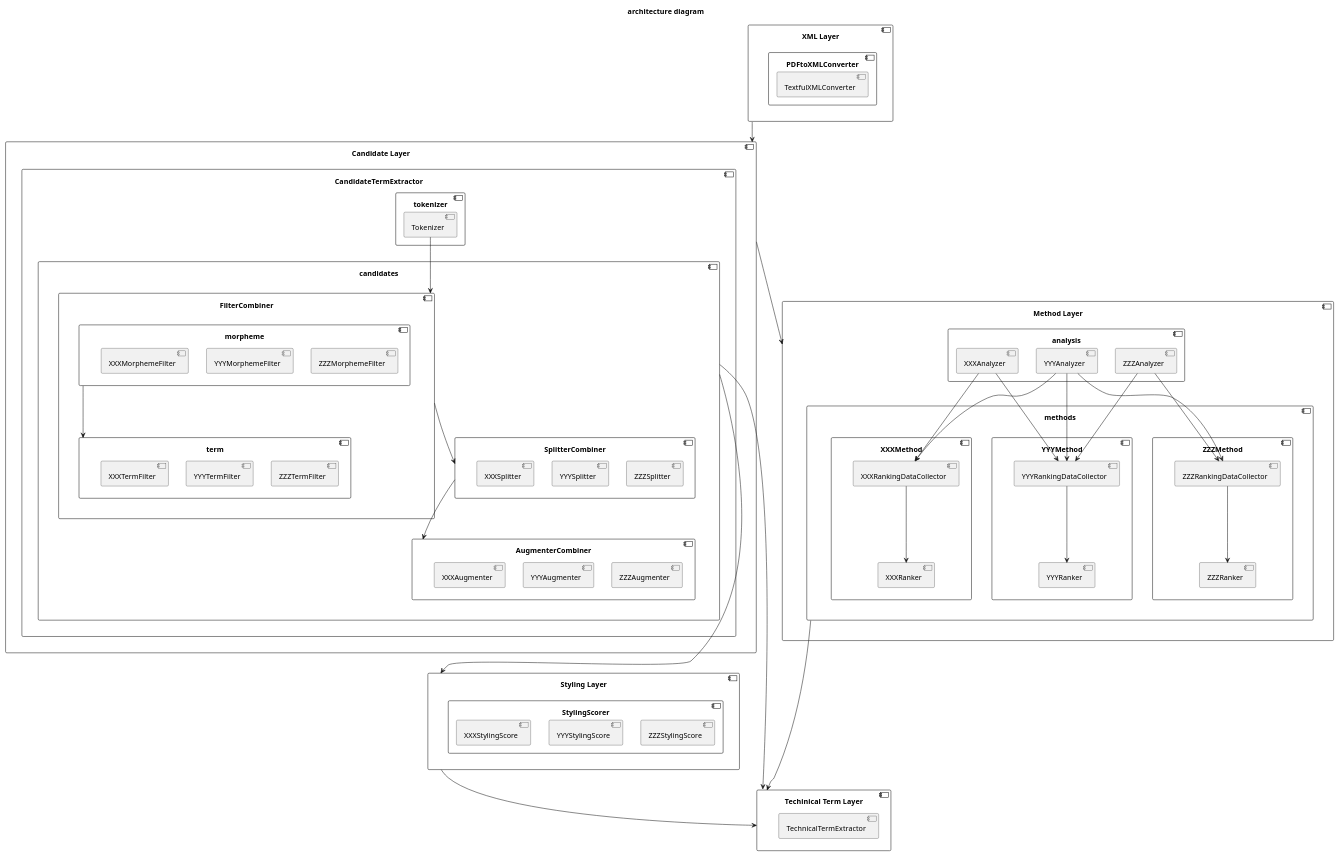
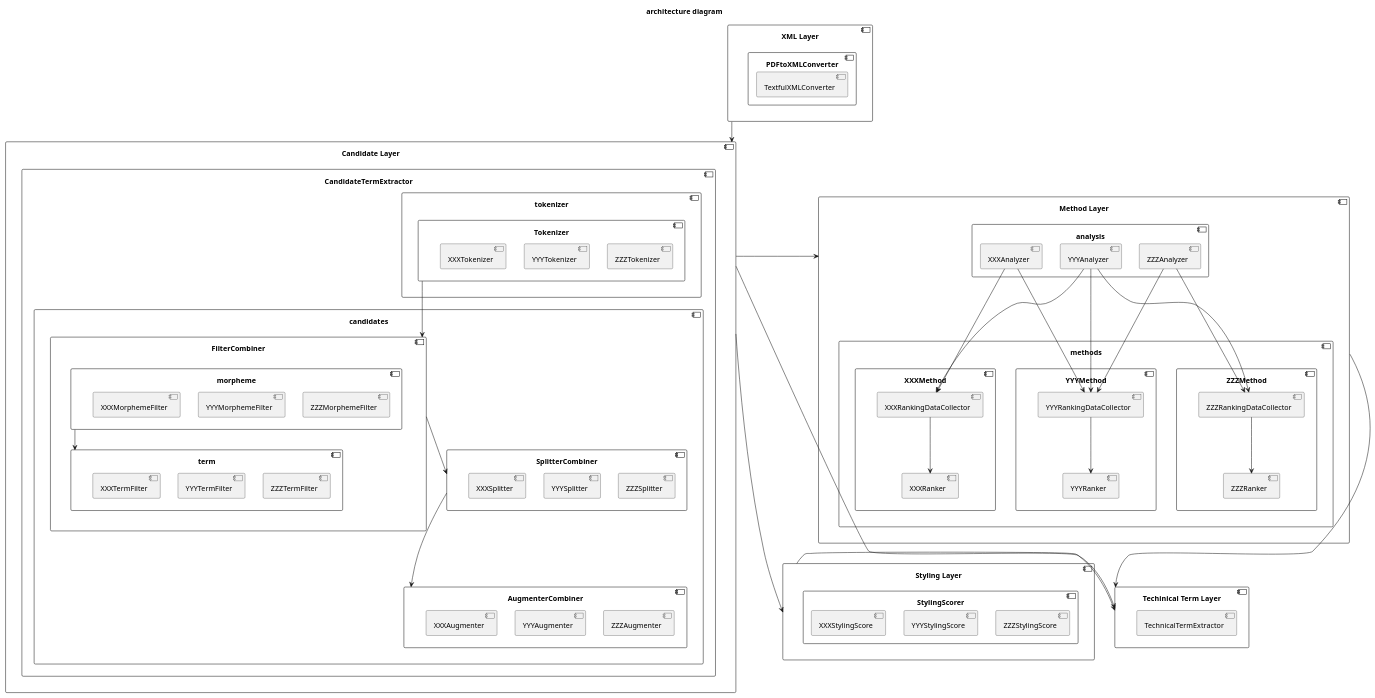
The diagram in docs/architecture.puml (kumachan-mis/py-pdf-term), drawn with PlantUML before and after one commit.

Commit message:
docs: update architecture (#89)

```diff
--- a/docs/architecture.puml
+++ b/docs/architecture.puml
@@ -1,130 +1,139 @@
 @startuml
 title "architecture diagram"
 
 component "XML Layer" as XMLLayer {
     component PDFtoXMLConverter {
         component TextfulXMLConverter
     }
 }
 
 component "Candidate Layer" as CandidateLayer {
     component CandidateTermExtractor {
         component tokenizer {
-            component Tokenizer
+            component Tokenizer {
+                component XXXTokenizer
+                component YYYTokenizer
+                component ZZZTokenizer
+
+                XXXTokenizer -[hidden]right- YYYTokenizer
+                YYYTokenizer -[hidden]right- ZZZTokenizer
+            }
         }
 
         component candidates {
             component FilterCombiner {
                 component morpheme {
                     component XXXMorphemeFilter
                     component YYYMorphemeFilter
                     component ZZZMorphemeFilter
 
                     XXXMorphemeFilter -[hidden]right- YYYMorphemeFilter
                     YYYMorphemeFilter -[hidden]right- ZZZMorphemeFilter
                 }
 
                 component term {
                     component XXXTermFilter
                     component YYYTermFilter
                     component ZZZTermFilter
 
                     XXXTermFilter -[hidden]right- YYYTermFilter
                     YYYTermFilter -[hidden]right- ZZZTermFilter
                 }
                 morpheme -down-> term
             }
 
             component SplitterCombiner {
                 component XXXSplitter
                 component YYYSplitter
                 component ZZZSplitter
 
                 XXXSplitter -[hidden]right- YYYSplitter
                 YYYSplitter -[hidden]right- ZZZSplitter
             }
 
             component AugmenterCombiner {
                 component XXXAugmenter
                 component YYYAugmenter
                 component ZZZAugmenter
 
                 XXXAugmenter -[hidden]right- YYYAugmenter
                 YYYAugmenter -[hidden]right- ZZZAugmenter
             }
         }
     }
     Tokenizer -down-> FilterCombiner
     FilterCombiner -down-> SplitterCombiner
     SplitterCombiner -down-> AugmenterCombiner
     
 }
 
 component "Method Layer" as MethodLayer {
     component analysis {
         component XXXAnalyzer
         component YYYAnalyzer
         component ZZZAnalyzer
 
         XXXAnalyzer -[hidden]right- YYYAnalyzer
         YYYAnalyzer -[hidden]right- ZZZAnalyzer
     }
 
     component methods {
         component XXXMethod {
             component XXXRankingDataCollector
             component XXXRanker
 
             XXXRankingDataCollector -down-> XXXRanker
         }
 
         component YYYMethod {
             component YYYRankingDataCollector
             component YYYRanker
 
             YYYRankingDataCollector -down-> YYYRanker
         }
 
         component ZZZMethod {
             component ZZZRankingDataCollector
             component ZZZRanker
 
             ZZZRankingDataCollector -down-> ZZZRanker
         }
 
         XXXMethod -[hidden]right- YYYMethod
         YYYMethod -[hidden]right- ZZZMethod
     }
 
     XXXAnalyzer -down-> XXXRankingDataCollector
     YYYAnalyzer -down-> XXXRankingDataCollector
     XXXAnalyzer -down-> YYYRankingDataCollector
     YYYAnalyzer -down-> YYYRankingDataCollector
     ZZZAnalyzer -down-> YYYRankingDataCollector
     YYYAnalyzer -down-> ZZZRankingDataCollector
     ZZZAnalyzer -down-> ZZZRankingDataCollector
 }
 
 component "Styling Layer" as StylingLayer {
     component StylingScorer {
         component XXXStylingScore
         component YYYStylingScore
         component ZZZStylingScore
 
         XXXStylingScore -[hidden]right- YYYStylingScore
         YYYStylingScore -[hidden]right- ZZZStylingScore
     }
 }
 
 component "Techinical Term Layer" as TechinicalTermLayer {
     component TechnicalTermExtractor
 }
 
 XMLLayer -down-> CandidateLayer
-CandidateLayer -down-> MethodLayer
-candidates ---down-> StylingLayer
-candidates --down-> TechinicalTermLayer
-methods ---down-> TechinicalTermLayer
-StylingLayer -down-> TechinicalTermLayer
+CandidateLayer -right-> MethodLayer
+CandidateLayer -down-> StylingLayer
+CandidateLayer -down-> TechinicalTermLayer
+MethodLayer -down-> TechinicalTermLayer
+StylingLayer -right-> TechinicalTermLayer
+
+MethodLayer ---[hidden]down- StylingLayer
 
 @enduml
```
